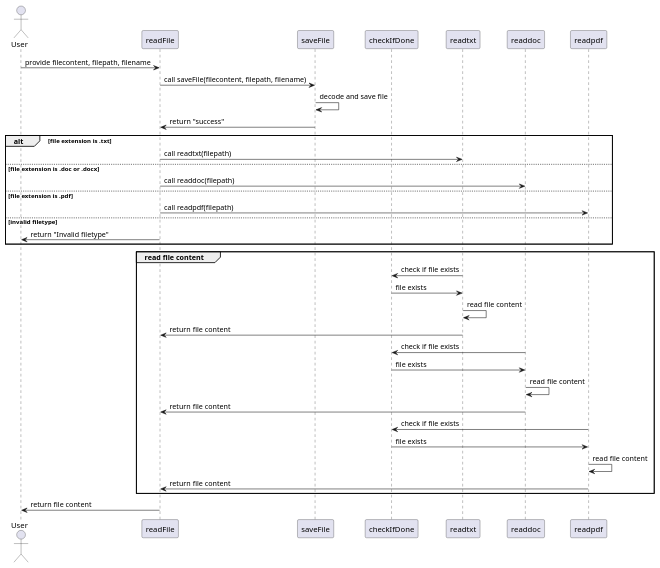
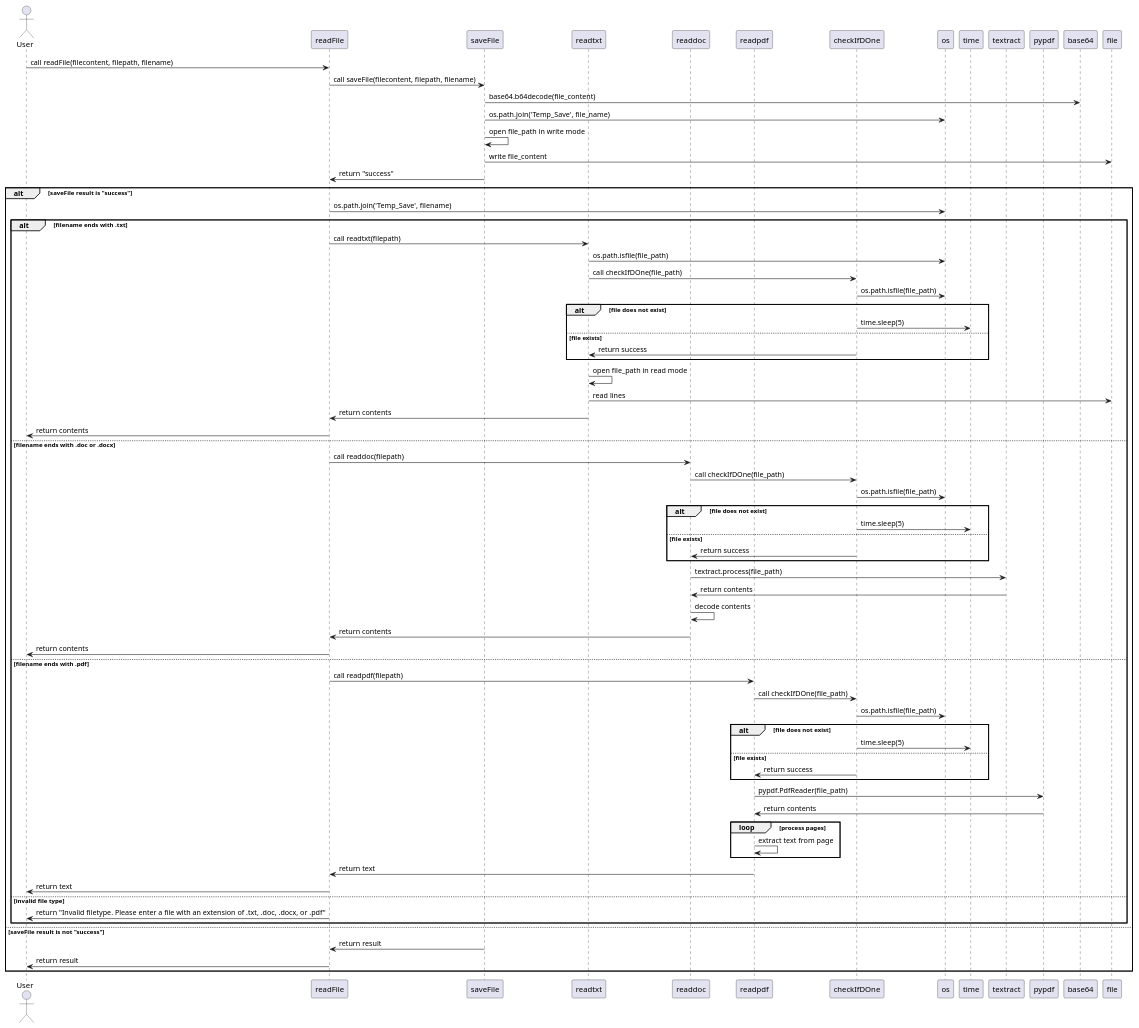
Before and after one commit to NoahS20/Grad-Project: the diagram in Diagrams/Sequence Diagrams/BackEnd/fileprocessingUMLSequence.wsd, drawn with PlantUML. The commit also changed 8 other files, not shown here.

```diff
--- a/Diagrams/Sequence Diagrams/BackEnd/fileprocessingUMLSequence.wsd
+++ b/Diagrams/Sequence Diagrams/BackEnd/fileprocessingUMLSequence.wsd
@@ -1,40 +1,81 @@
 @startuml
 actor User
+
 participant readFile
 participant saveFile
-participant checkIfDone
 participant readtxt
 participant readdoc
 participant readpdf
+participant checkIfDOne
+participant os
+participant time
+participant textract
+participant pypdf
 
-User -> readFile: provide filecontent, filepath, filename
+User -> readFile: call readFile(filecontent, filepath, filename)
 readFile -> saveFile: call saveFile(filecontent, filepath, filename)
-saveFile -> saveFile: decode and save file
+saveFile -> base64: base64.b64decode(file_content)
+saveFile -> os: os.path.join('Temp_Save', file_name)
+saveFile -> saveFile: open file_path in write mode
+saveFile -> file: write file_content
 saveFile -> readFile: return "success"
-alt file extension is .txt
-    readFile -> readtxt: call readtxt(filepath)
-else file extension is .doc or .docx
-    readFile -> readdoc: call readdoc(filepath)
-else file extension is .pdf
-    readFile -> readpdf: call readpdf(filepath)
-else invalid filetype
-    readFile -> User: return "Invalid filetype"
+
+alt saveFile result is "success"
+    readFile -> os: os.path.join('Temp_Save', filename)
+    
+    alt filename ends with .txt
+        readFile -> readtxt: call readtxt(filepath)
+        readtxt -> os: os.path.isfile(file_path)
+        readtxt -> checkIfDOne: call checkIfDOne(file_path)
+        checkIfDOne -> os: os.path.isfile(file_path)
+        alt file does not exist
+            checkIfDOne -> time: time.sleep(5)
+        else file exists
+            checkIfDOne -> readtxt: return success
+        end
+        readtxt -> readtxt: open file_path in read mode
+        readtxt -> file: read lines
+        readtxt -> readFile: return contents
+        readFile -> User: return contents
+
+    else filename ends with .doc or .docx
+        readFile -> readdoc: call readdoc(filepath)
+        readdoc -> checkIfDOne: call checkIfDOne(file_path)
+        checkIfDOne -> os: os.path.isfile(file_path)
+        alt file does not exist
+            checkIfDOne -> time: time.sleep(5)
+        else file exists
+            checkIfDOne -> readdoc: return success
+        end
+        readdoc -> textract: textract.process(file_path)
+        textract -> readdoc: return contents
+        readdoc -> readdoc: decode contents
+        readdoc -> readFile: return contents
+        readFile -> User: return contents
+
+    else filename ends with .pdf
+        readFile -> readpdf: call readpdf(filepath)
+        readpdf -> checkIfDOne: call checkIfDOne(file_path)
+        checkIfDOne -> os: os.path.isfile(file_path)
+        alt file does not exist
+            checkIfDOne -> time: time.sleep(5)
+        else file exists
+            checkIfDOne -> readpdf: return success
+        end
+        readpdf -> pypdf: pypdf.PdfReader(file_path)
+        pypdf -> readpdf: return contents
+        loop process pages
+            readpdf -> readpdf: extract text from page
+        end
+        readpdf -> readFile: return text
+        readFile -> User: return text
+
+    else invalid file type
+        readFile -> User: return "Invalid filetype. Please enter a file with an extension of .txt, .doc, .docx, or .pdf"
+    end
+else saveFile result is not "success"
+    saveFile -> readFile: return result
+    readFile -> User: return result
 end
-group read file content
-    readtxt -> checkIfDone: check if file exists
-    checkIfDone -> readtxt: file exists
-    readtxt -> readtxt: read file content
-    readtxt -> readFile: return file content
 
-    readdoc -> checkIfDone: check if file exists
-    checkIfDone -> readdoc: file exists
-    readdoc -> readdoc: read file content
-    readdoc -> readFile: return file content
-
-    readpdf -> checkIfDone: check if file exists
-    checkIfDone -> readpdf: file exists
-    readpdf -> readpdf: read file content
-    readpdf -> readFile: return file content
-end
-readFile -> User: return file content
 @enduml
```
